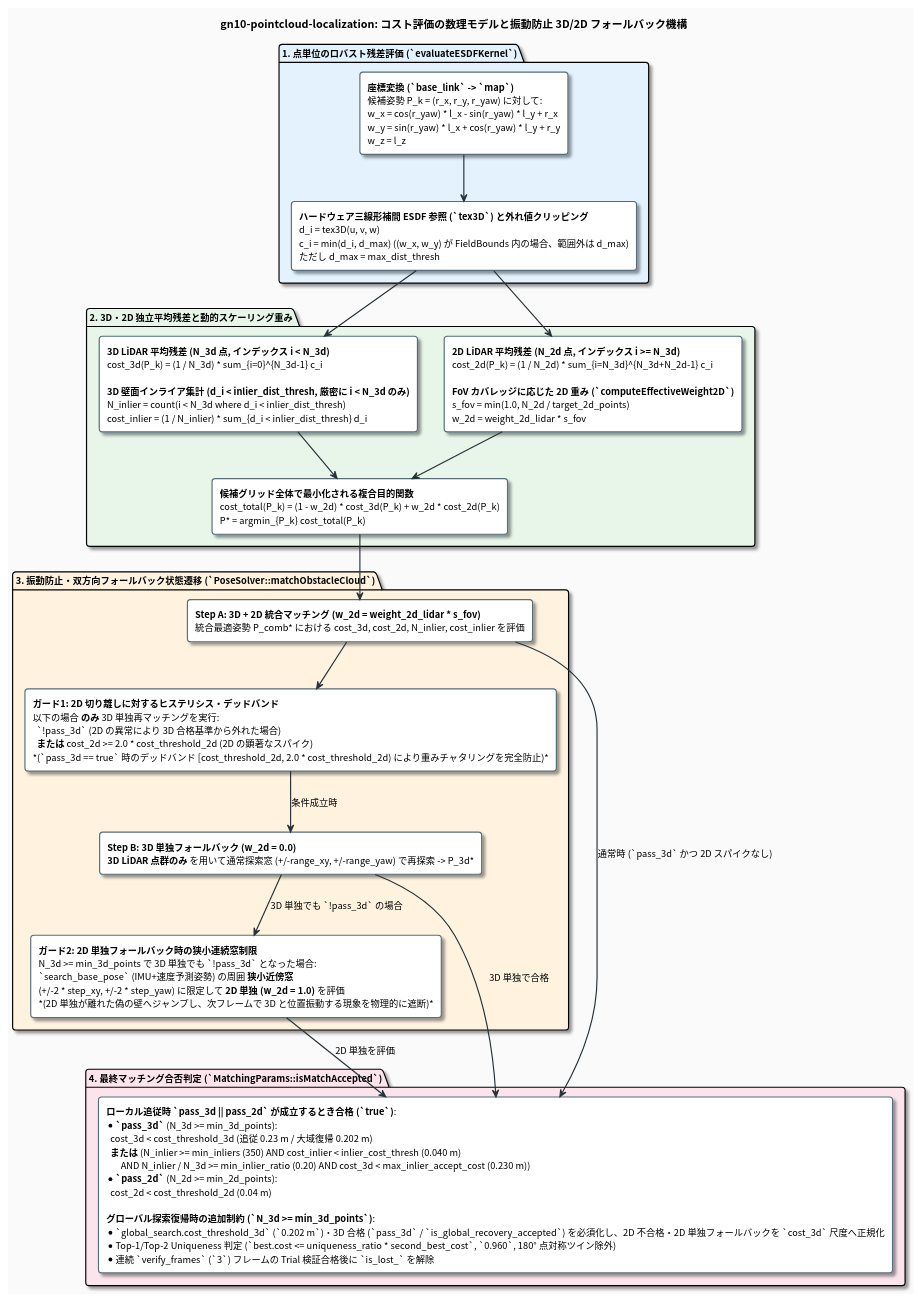
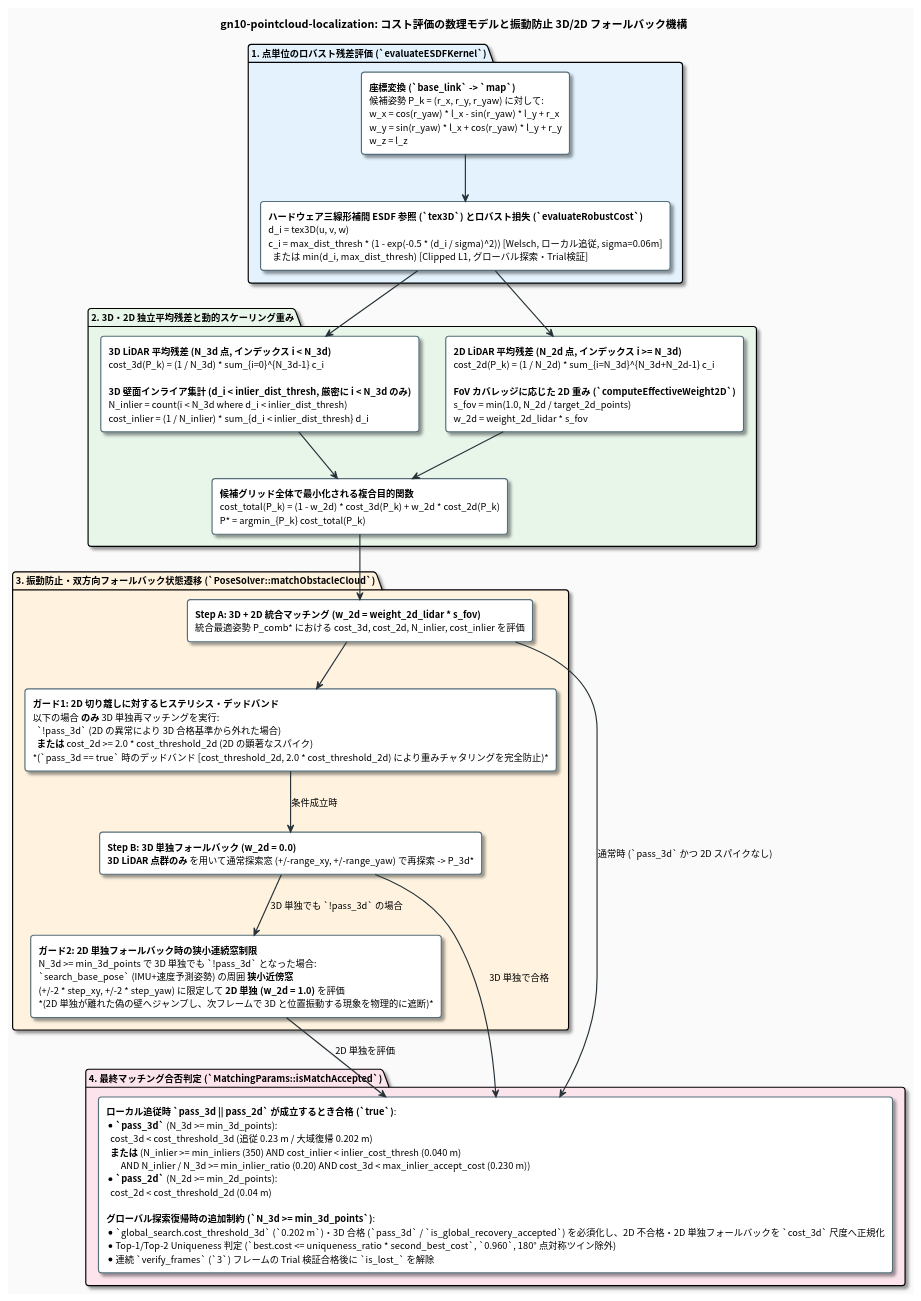
One commit to tmcit-ararobo-2026a/gn10-pointcloud-localization changed the diagram in docs/matching_cost_and_weighting_jp.pu. Above: the diagram before and after it, drawn with PlantUML. The commit also changed 10 other files, not shown here.

Commit message:
docs: update README and PlantUML diagrams for v1.2.0 voxel equalization and robust loss (v1.2.1)

```diff
--- a/docs/matching_cost_and_weighting_jp.pu
+++ b/docs/matching_cost_and_weighting_jp.pu
@@ -1,70 +1,70 @@
 @startuml matching_cost_and_weighting_jp
 skinparam backgroundColor #FAFAFA
 skinparam defaultFontName "Roboto, Noto Sans CJK JP, sans-serif"
 skinparam defaultFontSize 12
 skinparam roundCorner 8
 skinparam shadowing true
 skinparam ArrowColor #263238
 skinparam ArrowThickness 1.5
 
 skinparam rectangle {
     BackgroundColor #FFFFFF
     BorderColor #546E7A
     BorderThickness 1.5
 }
 
 skinparam note {
     BackgroundColor #FFF8E1
     BorderColor #FFB300
     FontColor #263238
 }
 
 title **gn10-pointcloud-localization: コスト評価の数理モデルと振動防止 3D/2D フォールバック機構**
 
 package "1. 点単位のロバスト残差評価 (`evaluateESDFKernel`)" #E3F2FD {
     rectangle "**座標変換 (`base_link` -> `map`)**\n候補姿勢 P_k = (r_x, r_y, r_yaw) に対して:\nw_x = cos(r_yaw) * l_x - sin(r_yaw) * l_y + r_x\nw_y = sin(r_yaw) * l_x + cos(r_yaw) * l_y + r_y\nw_z = l_z" as TF_EQ
 
-    rectangle "**ハードウェア三線形補間 ESDF 参照 (`tex3D`) と外れ値クリッピング**\nd_i = tex3D(u, v, w)\nc_i = min(d_i, d_max) ((w_x, w_y) が FieldBounds 内の場合、範囲外は d_max)\nただし d_max = max_dist_thresh" as CLIP_EQ
+    rectangle "**ハードウェア三線形補間 ESDF 参照 (`tex3D`) とロバスト損失 (`evaluateRobustCost`)**\nd_i = tex3D(u, v, w)\nc_i = max_dist_thresh * (1 - exp(-0.5 * (d_i / sigma)^2))  [Welsch, ローカル追従, sigma=0.06m]\n  または min(d_i, max_dist_thresh)  [Clipped L1, グローバル探索・Trial検証]" as CLIP_EQ
 
     TF_EQ -down-> CLIP_EQ
 }
 
 package "2. 3D・2D 独立平均残差と動的スケーリング重み" #E8F5E9 {
     rectangle "**3D LiDAR 平均残差 (N_3d 点, インデックス i < N_3d)**\ncost_3d(P_k) = (1 / N_3d) * sum_{i=0}^{N_3d-1} c_i\n\n**3D 壁面インライア集計 (d_i < inlier_dist_thresh, 厳密に i < N_3d のみ)**\nN_inlier = count(i < N_3d where d_i < inlier_dist_thresh)\ncost_inlier = (1 / N_inlier) * sum_{d_i < inlier_dist_thresh} d_i" as COST_3D
 
     rectangle "**2D LiDAR 平均残差 (N_2d 点, インデックス i >= N_3d)**\ncost_2d(P_k) = (1 / N_2d) * sum_{i=N_3d}^{N_3d+N_2d-1} c_i\n\n**FoV カバレッジに応じた 2D 重み (`computeEffectiveWeight2D`)**\ns_fov = min(1.0, N_2d / target_2d_points)\nw_2d = weight_2d_lidar * s_fov" as COST_2D
 
     rectangle "**候補グリッド全体で最小化される複合目的関数**\ncost_total(P_k) = (1 - w_2d) * cost_3d(P_k) + w_2d * cost_2d(P_k)\nP* = argmin_{P_k} cost_total(P_k)" as COMP_EQ
 
     COST_3D -down-> COMP_EQ
     COST_2D -down-> COMP_EQ
 }
 
 CLIP_EQ -down-> COST_3D
 CLIP_EQ -down-> COST_2D
 
 package "3. 振動防止・双方向フォールバック状態遷移 (`PoseSolver::matchObstacleCloud`)" #FFF3E0 {
     rectangle "**Step A: 3D + 2D 統合マッチング (w_2d = weight_2d_lidar * s_fov)**\n統合最適姿勢 P_comb* における cost_3d, cost_2d, N_inlier, cost_inlier を評価" as STEP_A
 
     rectangle "**ガード1: 2D 切り離しに対するヒステリシス・デッドバンド**\n以下の場合 **のみ** 3D 単独再マッチングを実行:\n  `!pass_3d` (2D の異常により 3D 合格基準から外れた場合)\n  **または** cost_2d >= 2.0 * cost_threshold_2d (2D の顕著なスパイク)\n*(`pass_3d == true` 時のデッドバンド [cost_threshold_2d, 2.0 * cost_threshold_2d) により重みチャタリングを完全防止)*" as GUARD_1
 
     rectangle "**Step B: 3D 単独フォールバック (w_2d = 0.0)**\n**3D LiDAR 点群のみ** を用いて通常探索窓 (+/-range_xy, +/-range_yaw) で再探索 -> P_3d*" as STEP_B
 
     rectangle "**ガード2: 2D 単独フォールバック時の狭小連続窓制限**\nN_3d >= min_3d_points で 3D 単独でも `!pass_3d` となった場合:\n`search_base_pose` (IMU+速度予測姿勢) の周囲 **狭小近傍窓**\n(+/-2 * step_xy, +/-2 * step_yaw) に限定して **2D 単独 (w_2d = 1.0)** を評価\n*(2D 単独が離れた偽の壁へジャンプし、次フレームで 3D と位置振動する現象を物理的に遮断)*" as STEP_C
 
     STEP_A -down-> GUARD_1
     GUARD_1 -down-> STEP_B : 条件成立時
     STEP_B -down-> STEP_C : 3D 単独でも `!pass_3d` の場合
 }
 
 COMP_EQ -down-> STEP_A
 
 package "4. 最終マッチング合否判定 (`MatchingParams::isMatchAccepted`)" #FCE4EC {
     rectangle "**ローカル追従時 `pass_3d || pass_2d` が成立するとき合格 (`true`)**:\n* **`pass_3d`** (N_3d >= min_3d_points):\n  cost_3d < cost_threshold_3d (追従 0.23 m / 大域復帰 0.202 m)\n  **または** (N_inlier >= min_inliers (350) AND cost_inlier < inlier_cost_thresh (0.040 m)\n       AND N_inlier / N_3d >= min_inlier_ratio (0.20) AND cost_3d < max_inlier_accept_cost (0.230 m))\n* **`pass_2d`** (N_2d >= min_2d_points):\n  cost_2d < cost_threshold_2d (0.04 m)\n\n**グローバル探索復帰時の追加制約 (`N_3d >= min_3d_points`)**:\n* `global_search.cost_threshold_3d` (`0.202 m`)・3D 合格 (`pass_3d` / `is_global_recovery_accepted`) を必須化し、2D 不合格・2D 単独フォールバックを `cost_3d` 尺度へ正規化\n* Top-1/Top-2 Uniqueness 判定 (`best.cost <= uniqueness_ratio * second_best_cost`, `0.960`, 180° 点対称ツイン除外)\n* 連続 `verify_frames` (`3`) フレームの Trial 検証合格後に `is_lost_` を解除" as FINAL_ACCEPT
 }
 
 STEP_A -down-> FINAL_ACCEPT : 通常時 (`pass_3d` かつ 2D スパイクなし)
 STEP_B -down-> FINAL_ACCEPT : 3D 単独で合格
 STEP_C -down-> FINAL_ACCEPT : 2D 単独を評価
 
 @enduml
```
